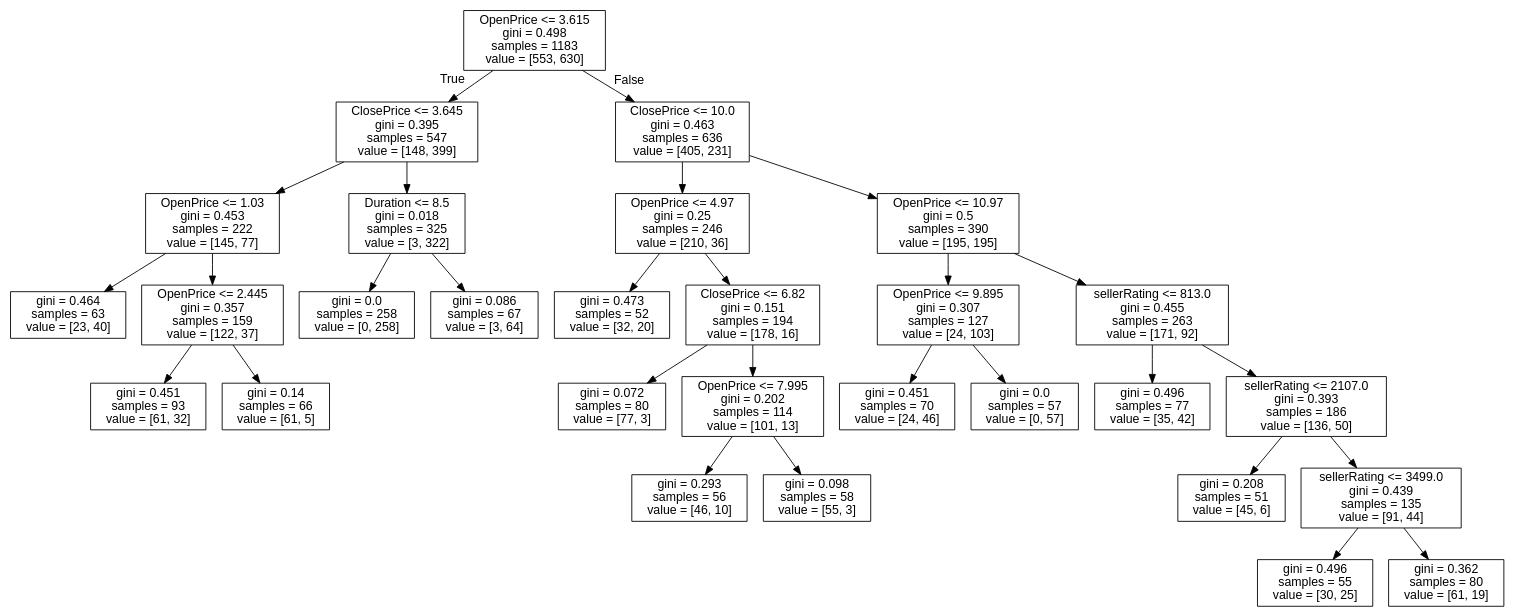
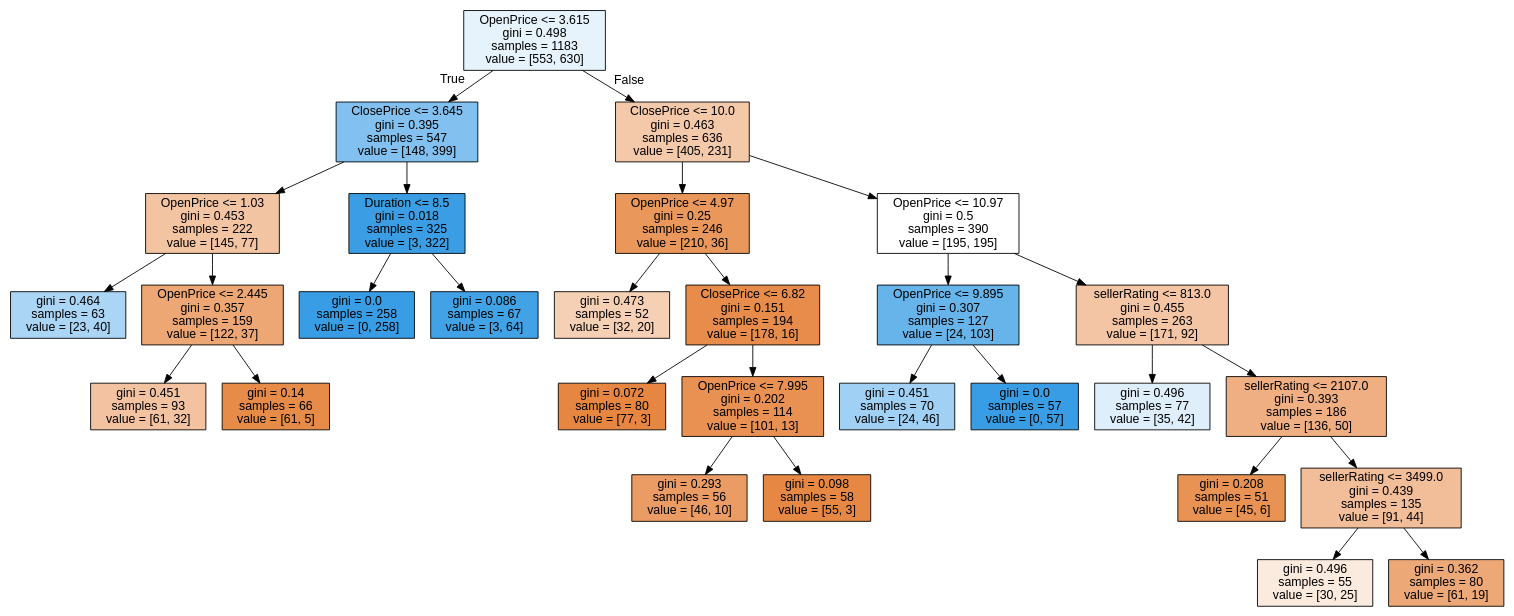
Before and after one commit to MiracleSkyHawk/RSM8413_GA2: the diagram in fullClassTree.dot, drawn with Graphviz. The commit also changed 10 other files, not shown here.

```diff
--- a/fullClassTree.dot
+++ b/fullClassTree.dot
@@ -1,61 +1,61 @@
 digraph Tree {
-node [shape=box, fontname="helvetica"] ;
+node [shape=box, style="filled", color="black", fontname="helvetica"] ;
 edge [fontname="helvetica"] ;
-0 [label="OpenPrice <= 3.615\ngini = 0.498\nsamples = 1183\nvalue = [553, 630]"] ;
-1 [label="ClosePrice <= 3.645\ngini = 0.395\nsamples = 547\nvalue = [148, 399]"] ;
+0 [label="OpenPrice <= 3.615\ngini = 0.498\nsamples = 1183\nvalue = [553, 630]", fillcolor="#e7f3fc"] ;
+1 [label="ClosePrice <= 3.645\ngini = 0.395\nsamples = 547\nvalue = [148, 399]", fillcolor="#82c1ef"] ;
 0 -> 1 [labeldistance=2.5, labelangle=45, headlabel="True"] ;
-2 [label="OpenPrice <= 1.03\ngini = 0.453\nsamples = 222\nvalue = [145, 77]"] ;
+2 [label="OpenPrice <= 1.03\ngini = 0.453\nsamples = 222\nvalue = [145, 77]", fillcolor="#f3c4a2"] ;
 1 -> 2 ;
-3 [label="gini = 0.464\nsamples = 63\nvalue = [23, 40]"] ;
+3 [label="gini = 0.464\nsamples = 63\nvalue = [23, 40]", fillcolor="#abd5f4"] ;
 2 -> 3 ;
-4 [label="OpenPrice <= 2.445\ngini = 0.357\nsamples = 159\nvalue = [122, 37]"] ;
+4 [label="OpenPrice <= 2.445\ngini = 0.357\nsamples = 159\nvalue = [122, 37]", fillcolor="#eda775"] ;
 2 -> 4 ;
-5 [label="gini = 0.451\nsamples = 93\nvalue = [61, 32]"] ;
+5 [label="gini = 0.451\nsamples = 93\nvalue = [61, 32]", fillcolor="#f3c3a1"] ;
 4 -> 5 ;
-6 [label="gini = 0.14\nsamples = 66\nvalue = [61, 5]"] ;
+6 [label="gini = 0.14\nsamples = 66\nvalue = [61, 5]", fillcolor="#e78b49"] ;
 4 -> 6 ;
-7 [label="Duration <= 8.5\ngini = 0.018\nsamples = 325\nvalue = [3, 322]"] ;
+7 [label="Duration <= 8.5\ngini = 0.018\nsamples = 325\nvalue = [3, 322]", fillcolor="#3b9ee5"] ;
 1 -> 7 ;
-8 [label="gini = 0.0\nsamples = 258\nvalue = [0, 258]"] ;
+8 [label="gini = 0.0\nsamples = 258\nvalue = [0, 258]", fillcolor="#399de5"] ;
 7 -> 8 ;
-9 [label="gini = 0.086\nsamples = 67\nvalue = [3, 64]"] ;
+9 [label="gini = 0.086\nsamples = 67\nvalue = [3, 64]", fillcolor="#42a2e6"] ;
 7 -> 9 ;
-10 [label="ClosePrice <= 10.0\ngini = 0.463\nsamples = 636\nvalue = [405, 231]"] ;
+10 [label="ClosePrice <= 10.0\ngini = 0.463\nsamples = 636\nvalue = [405, 231]", fillcolor="#f4c9aa"] ;
 0 -> 10 [labeldistance=2.5, labelangle=-45, headlabel="False"] ;
-11 [label="OpenPrice <= 4.97\ngini = 0.25\nsamples = 246\nvalue = [210, 36]"] ;
+11 [label="OpenPrice <= 4.97\ngini = 0.25\nsamples = 246\nvalue = [210, 36]", fillcolor="#e9975b"] ;
 10 -> 11 ;
-12 [label="gini = 0.473\nsamples = 52\nvalue = [32, 20]"] ;
+12 [label="gini = 0.473\nsamples = 52\nvalue = [32, 20]", fillcolor="#f5d0b5"] ;
 11 -> 12 ;
-13 [label="ClosePrice <= 6.82\ngini = 0.151\nsamples = 194\nvalue = [178, 16]"] ;
+13 [label="ClosePrice <= 6.82\ngini = 0.151\nsamples = 194\nvalue = [178, 16]", fillcolor="#e78c4b"] ;
 11 -> 13 ;
-14 [label="gini = 0.072\nsamples = 80\nvalue = [77, 3]"] ;
+14 [label="gini = 0.072\nsamples = 80\nvalue = [77, 3]", fillcolor="#e68641"] ;
 13 -> 14 ;
-15 [label="OpenPrice <= 7.995\ngini = 0.202\nsamples = 114\nvalue = [101, 13]"] ;
+15 [label="OpenPrice <= 7.995\ngini = 0.202\nsamples = 114\nvalue = [101, 13]", fillcolor="#e89152"] ;
 13 -> 15 ;
-16 [label="gini = 0.293\nsamples = 56\nvalue = [46, 10]"] ;
+16 [label="gini = 0.293\nsamples = 56\nvalue = [46, 10]", fillcolor="#eb9c64"] ;
 15 -> 16 ;
-17 [label="gini = 0.098\nsamples = 58\nvalue = [55, 3]"] ;
+17 [label="gini = 0.098\nsamples = 58\nvalue = [55, 3]", fillcolor="#e68844"] ;
 15 -> 17 ;
-18 [label="OpenPrice <= 10.97\ngini = 0.5\nsamples = 390\nvalue = [195, 195]"] ;
+18 [label="OpenPrice <= 10.97\ngini = 0.5\nsamples = 390\nvalue = [195, 195]", fillcolor="#ffffff"] ;
 10 -> 18 ;
-19 [label="OpenPrice <= 9.895\ngini = 0.307\nsamples = 127\nvalue = [24, 103]"] ;
+19 [label="OpenPrice <= 9.895\ngini = 0.307\nsamples = 127\nvalue = [24, 103]", fillcolor="#67b4eb"] ;
 18 -> 19 ;
-20 [label="gini = 0.451\nsamples = 70\nvalue = [24, 46]"] ;
+20 [label="gini = 0.451\nsamples = 70\nvalue = [24, 46]", fillcolor="#a0d0f3"] ;
 19 -> 20 ;
-21 [label="gini = 0.0\nsamples = 57\nvalue = [0, 57]"] ;
+21 [label="gini = 0.0\nsamples = 57\nvalue = [0, 57]", fillcolor="#399de5"] ;
 19 -> 21 ;
-22 [label="sellerRating <= 813.0\ngini = 0.455\nsamples = 263\nvalue = [171, 92]"] ;
+22 [label="sellerRating <= 813.0\ngini = 0.455\nsamples = 263\nvalue = [171, 92]", fillcolor="#f3c5a4"] ;
 18 -> 22 ;
-23 [label="gini = 0.496\nsamples = 77\nvalue = [35, 42]"] ;
+23 [label="gini = 0.496\nsamples = 77\nvalue = [35, 42]", fillcolor="#deeffb"] ;
 22 -> 23 ;
-24 [label="sellerRating <= 2107.0\ngini = 0.393\nsamples = 186\nvalue = [136, 50]"] ;
+24 [label="sellerRating <= 2107.0\ngini = 0.393\nsamples = 186\nvalue = [136, 50]", fillcolor="#efaf82"] ;
 22 -> 24 ;
-25 [label="gini = 0.208\nsamples = 51\nvalue = [45, 6]"] ;
+25 [label="gini = 0.208\nsamples = 51\nvalue = [45, 6]", fillcolor="#e89253"] ;
 24 -> 25 ;
-26 [label="sellerRating <= 3499.0\ngini = 0.439\nsamples = 135\nvalue = [91, 44]"] ;
+26 [label="sellerRating <= 3499.0\ngini = 0.439\nsamples = 135\nvalue = [91, 44]", fillcolor="#f2be99"] ;
 24 -> 26 ;
-27 [label="gini = 0.496\nsamples = 55\nvalue = [30, 25]"] ;
+27 [label="gini = 0.496\nsamples = 55\nvalue = [30, 25]", fillcolor="#fbeade"] ;
 26 -> 27 ;
-28 [label="gini = 0.362\nsamples = 80\nvalue = [61, 19]"] ;
+28 [label="gini = 0.362\nsamples = 80\nvalue = [61, 19]", fillcolor="#eda877"] ;
 26 -> 28 ;
 }
```
